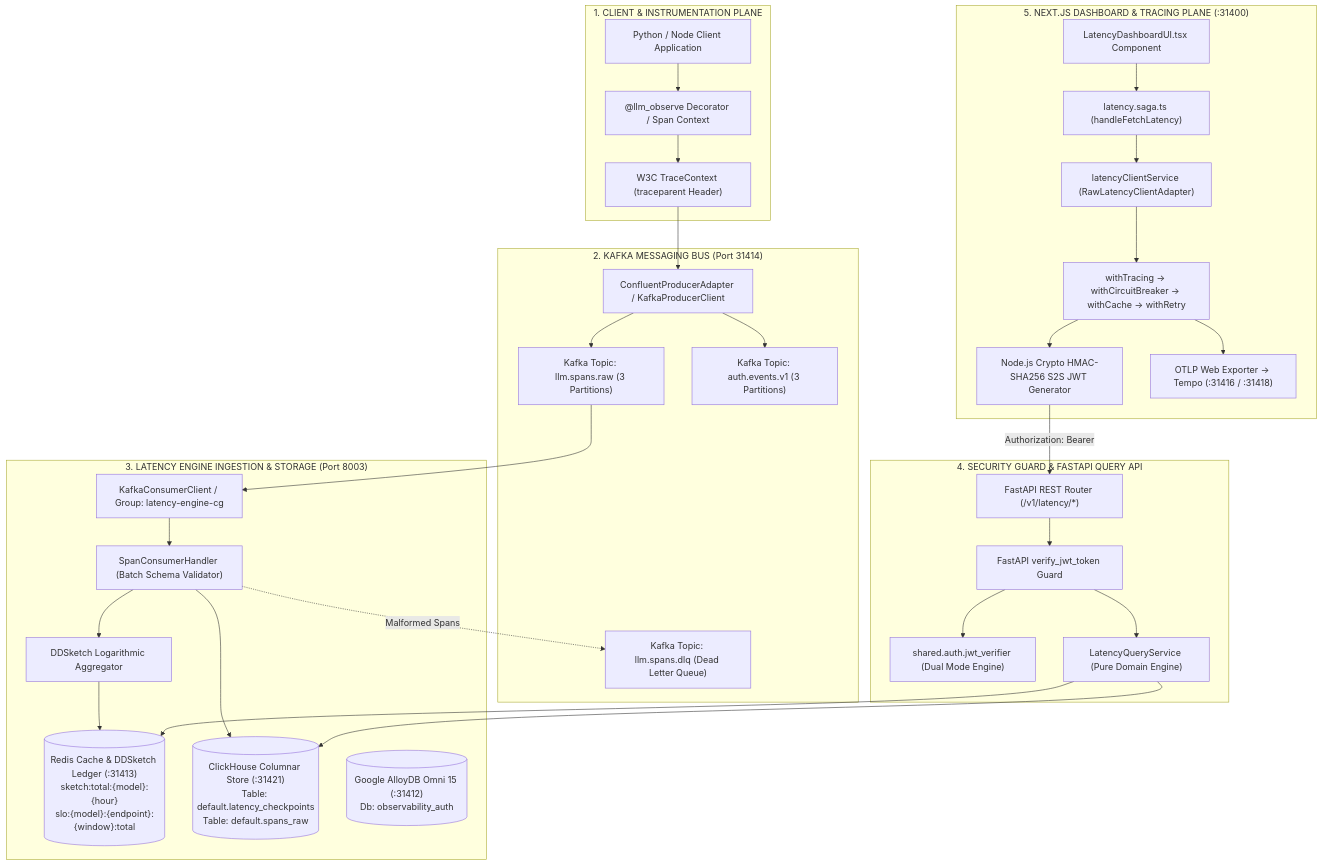
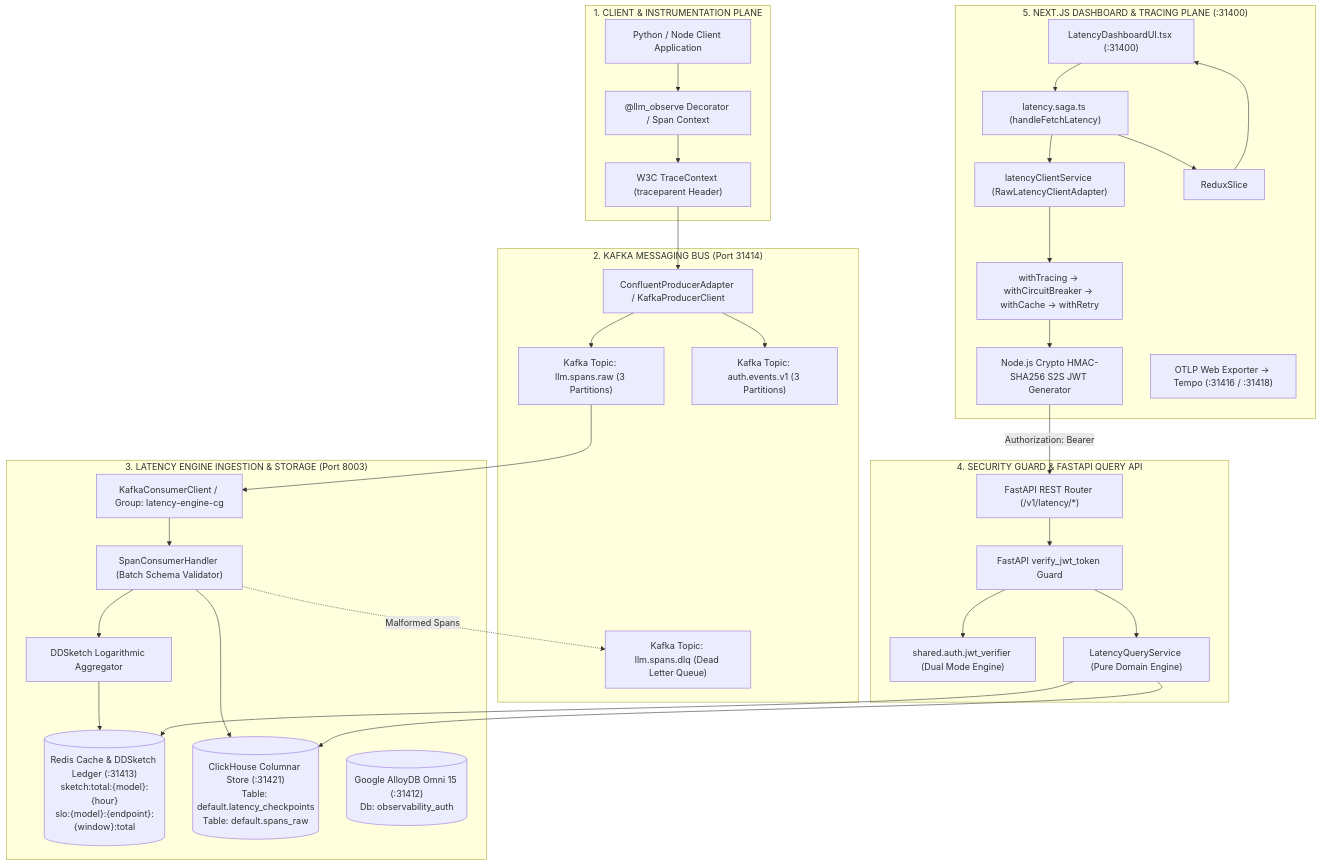
The first of 5 diagrams in packages/node/web-app/adr/0007-latency-engine-end-to-end-integration-and-security.md (Chief-Strategist-J/llm-observability-platform), drawn with Mermaid before and after one commit. The commit also changed other lines of this file, not shown here.

Commit message:
docs(adr): add Mermaid ER diagram and foreign key constraint specifications to ADR-0007

````diff
--- a/packages/node/web-app/adr/0007-latency-engine-end-to-end-integration-and-security.md
+++ b/packages/node/web-app/adr/0007-latency-engine-end-to-end-integration-and-security.md
@@ -27,67 +27,68 @@
 ```mermaid
 flowchart TD
     subgraph ClientAppPlane["1. CLIENT & INSTRUMENTATION PLANE"]
         UserApp["Python / Node Client Application"]
         SDKDecorator["@llm_observe Decorator / Span Context"]
         TracingContext["W3C TraceContext (traceparent Header)"]
 
         UserApp --> SDKDecorator
         SDKDecorator --> TracingContext
     end
 
     subgraph KafkaPlane["2. KAFKA MESSAGING BUS (Port 31414)"]
         KafkaProducer["ConfluentProducerAdapter / KafkaProducerClient"]
         TopicRaw["Kafka Topic: llm.spans.raw (3 Partitions)"]
         TopicAuth["Kafka Topic: auth.events.v1 (3 Partitions)"]
         TopicDLQ["Kafka Topic: llm.spans.dlq (Dead Letter Queue)"]
 
         TracingContext --> KafkaProducer
         KafkaProducer --> TopicRaw
         KafkaProducer --> TopicAuth
     end
 
     subgraph IngestionEnginePlane["3. LATENCY ENGINE INGESTION & STORAGE (Port 8003)"]
         KafkaConsumer["KafkaConsumerClient / Group: latency-engine-cg"]
         SpanHandler["SpanConsumerHandler (Batch Schema Validator)"]
         DDSketchEngine["DDSketch Logarithmic Aggregator"]
         RedisStore[("Redis Cache & DDSketch Ledger (:31413)\nsketch:total:{model}:{hour}\nslo:{model}:{endpoint}:{window}:total")]
         ClickHouseDB[("ClickHouse Columnar Store (:31421)\nTable: default.latency_checkpoints\nTable: default.spans_raw")]
         AlloyDB[("Google AlloyDB Omni 15 (:31412)\nDb: observability_auth")]
 
         TopicRaw --> KafkaConsumer
         KafkaConsumer --> SpanHandler
         SpanHandler --> DDSketchEngine
         DDSketchEngine --> RedisStore
         SpanHandler --> ClickHouseDB
         SpanHandler -.->|Malformed Spans| TopicDLQ
     end
 
     subgraph SecurityAPIPlane["4. SECURITY GUARD & FASTAPI QUERY API"]
         FastAPI["FastAPI REST Router (/v1/latency/*)"]
         JWTGuard["FastAPI verify_jwt_token Guard"]
         JWTVerifier["shared.auth.jwt_verifier (Dual Mode Engine)"]
         QueryService["LatencyQueryService (Pure Domain Engine)"]
 
         FastAPI --> JWTGuard
         JWTGuard --> JWTVerifier
         JWTGuard --> QueryService
         QueryService --> RedisStore
         QueryService --> ClickHouseDB
     end
 
     subgraph WebAppPlane["5. NEXT.JS DASHBOARD & TRACING PLANE (:31400)"]
-        ReactUI["LatencyDashboardUI.tsx Component"]
+        ReactUI["LatencyDashboardUI.tsx (:31400)"]
         ReduxSaga["latency.saga.ts (handleFetchLatency)"]
         ClientAdapter["latencyClientService (RawLatencyClientAdapter)"]
         ResilienceChain["withTracing -> withCircuitBreaker -> withCache -> withRetry"]
         S2SSigner["Node.js Crypto HMAC-SHA256 S2S JWT Generator"]
         TempoExporter["OTLP Web Exporter -> Tempo (:31416 / :31418)"]
 
         ReactUI --> ReduxSaga
         ReduxSaga --> ClientAdapter
         ClientAdapter --> ResilienceChain
         ResilienceChain --> S2SSigner
         S2SSigner -->|Authorization: Bearer <S2S_JWT>| FastAPI
-        ResilienceChain --> TempoExporter
+        ReduxSaga --> ReduxSlice
+        ReduxSlice --> ReactUI
     end
 ```
````
